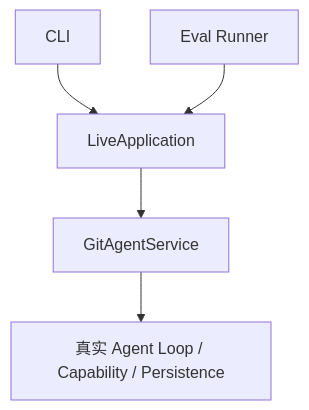
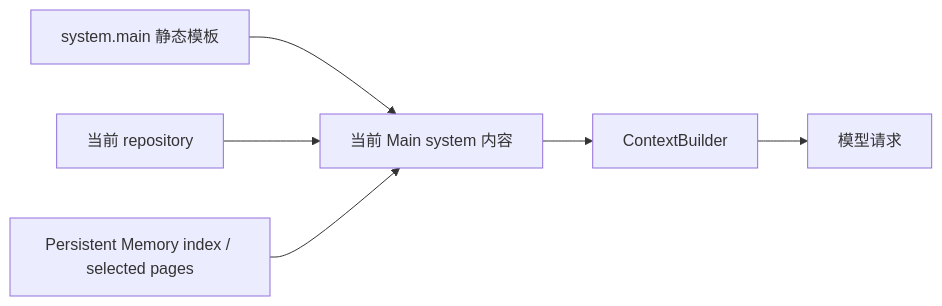
The ninth of 12 diagrams in docs/13-application-config-and-prompts.md (Arthur999459up/GitAgent), drawn with Mermaid before and after one commit. The commit also changed other lines of this file and 16 other files, not shown here.

````diff
--- a/docs/13-application-config-and-prompts.md
+++ b/docs/13-application-config-and-prompts.md
@@ -234,7 +432,8 @@
 ```mermaid
-flowchart TD
-    C[CLI] --> A[LiveApplication]
-    E[Eval Runner] --> A
-    A --> S[GitAgentService]
-    S --> L[真实 Agent Loop / Capability / Persistence]
+flowchart LR
+    BASE[system.main 静态模板] --> SYS[当前 Main system 内容]
+    REPO[当前 repository] --> SYS
+    MEMORY[Persistent Memory index / selected pages] --> SYS
+    SYS --> CTX[ContextBuilder]
+    CTX --> MODEL[模型请求]
 ```
````
